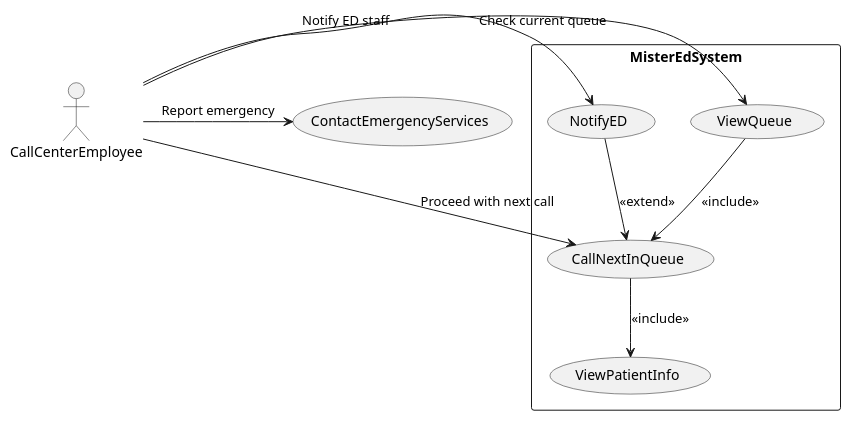
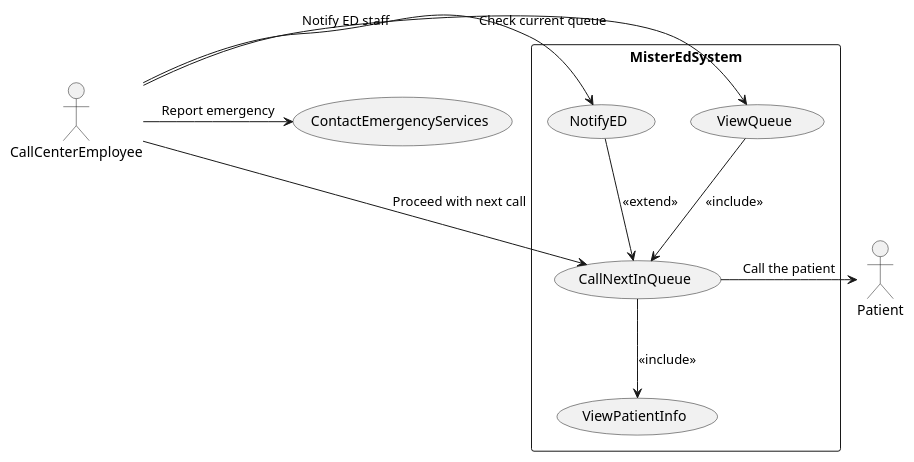
Before and after one commit to SENG-350-2024-fall/Team7: the diagram in CallCenter_UCD_CODE.puml, drawn with PlantUML. The commit also changed 2 other files, not shown here.

```diff
--- a/CallCenter_UCD_CODE.puml
+++ b/CallCenter_UCD_CODE.puml
@@ -1,26 +1,29 @@
 @startuml
 actor CallCenterEmployee
+actor Patient
 
 rectangle MisterEdSystem {
 
     usecase ViewQueue
     usecase CallNextInQueue
     usecase ViewPatientInfo
     usecase NotifyED
 
 }
 
 usecase ContactEmergencyServices
 
 
 CallCenterEmployee -> ViewQueue : "Check current queue"
 CallCenterEmployee -> CallNextInQueue : "Proceed with next call"
 CallCenterEmployee -> NotifyED : "Notify ED staff"
 
 CallCenterEmployee -> ContactEmergencyServices : "Report emergency"
 
 ViewQueue --> CallNextInQueue : <<include>>
 CallNextInQueue --> ViewPatientInfo : <<include>>
 NotifyED --> CallNextInQueue : <<extend>>
 
+CallNextInQueue -> Patient: Call the patient
+
 @enduml
```
